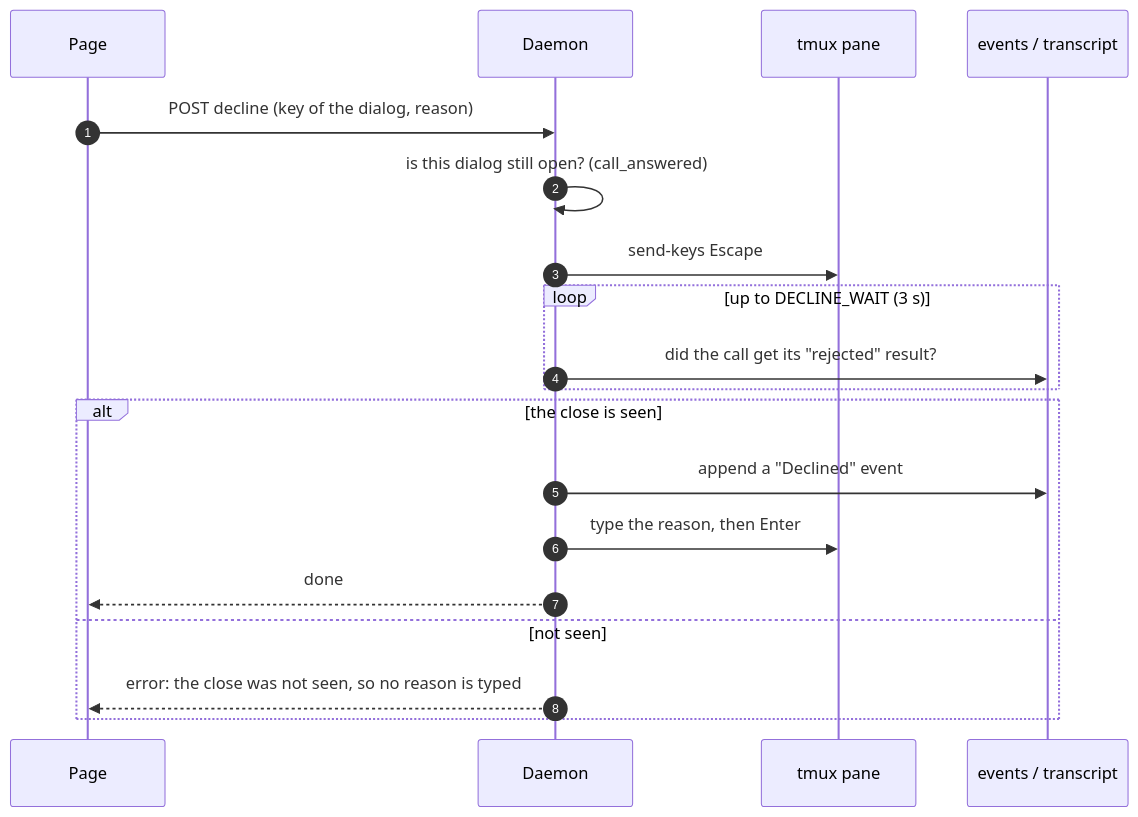
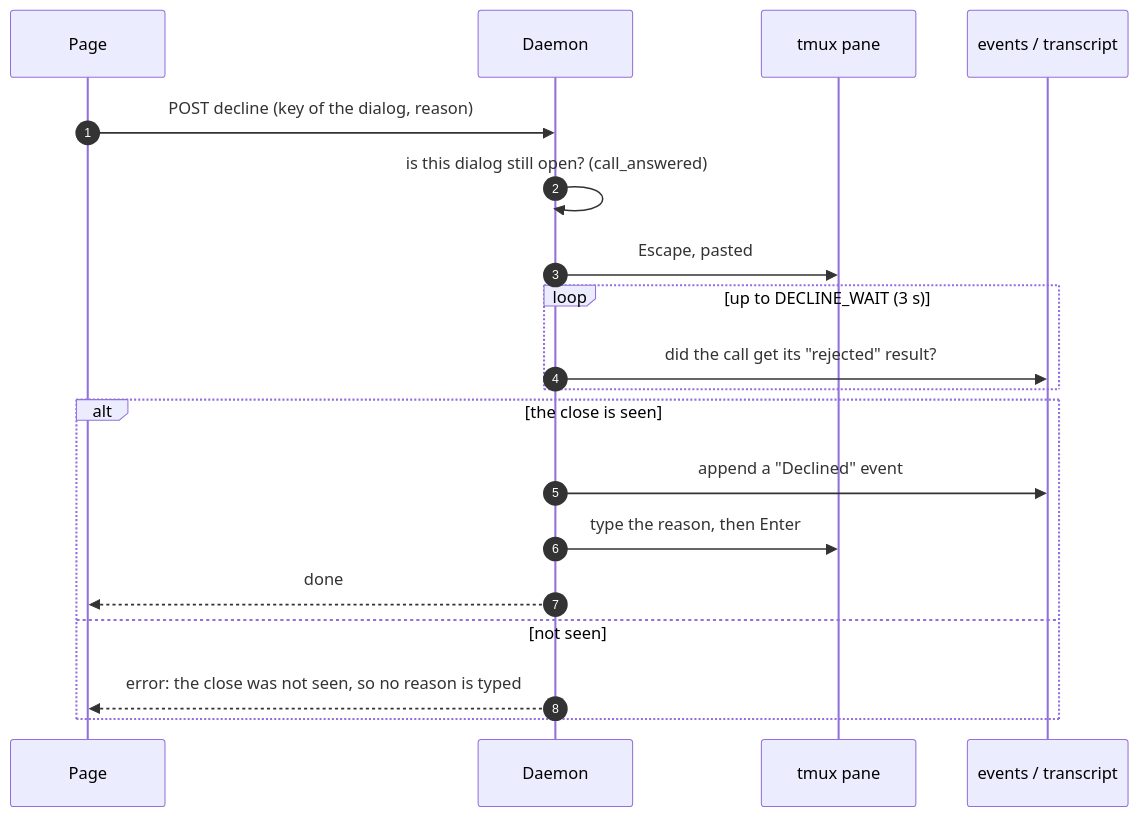
One commit to martinus/wostuast changed the tenth of 13 diagrams in ARCHITECTURE.md. Above: the diagram before and after it, drawn with Mermaid. The commit also changed other lines of this file and 7 other files, not shown here.

First line of the commit message:
Type the answer keys and a No's Escape as pastes, and lock the pane

````diff
--- a/ARCHITECTURE.md
+++ b/ARCHITECTURE.md
@@ -876,21 +881,21 @@
 ```mermaid
 sequenceDiagram
     autonumber
     participant P as Page
     participant D as Daemon
     participant T as tmux pane
     participant L as events / transcript
     P->>D: POST decline (key of the dialog, reason)
     D->>D: is this dialog still open? (call_answered)
-    D->>T: send-keys Escape
+    D->>T: Escape, pasted
     loop up to DECLINE_WAIT (3 s)
         D->>L: did the call get its "rejected" result?
     end
     alt the close is seen
         D->>L: append a "Declined" event
         D->>T: type the reason, then Enter
         D-->>P: done
     else not seen
         D-->>P: error: the close was not seen, so no reason is typed
     end
 ```
````
